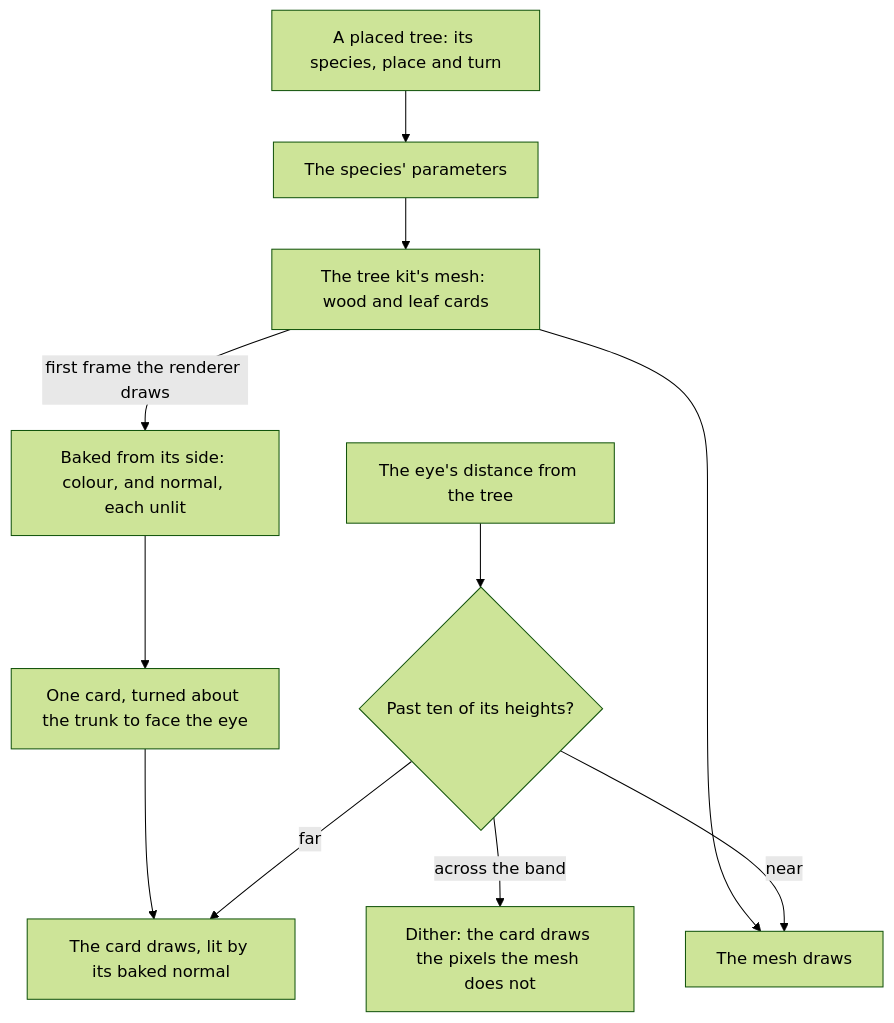
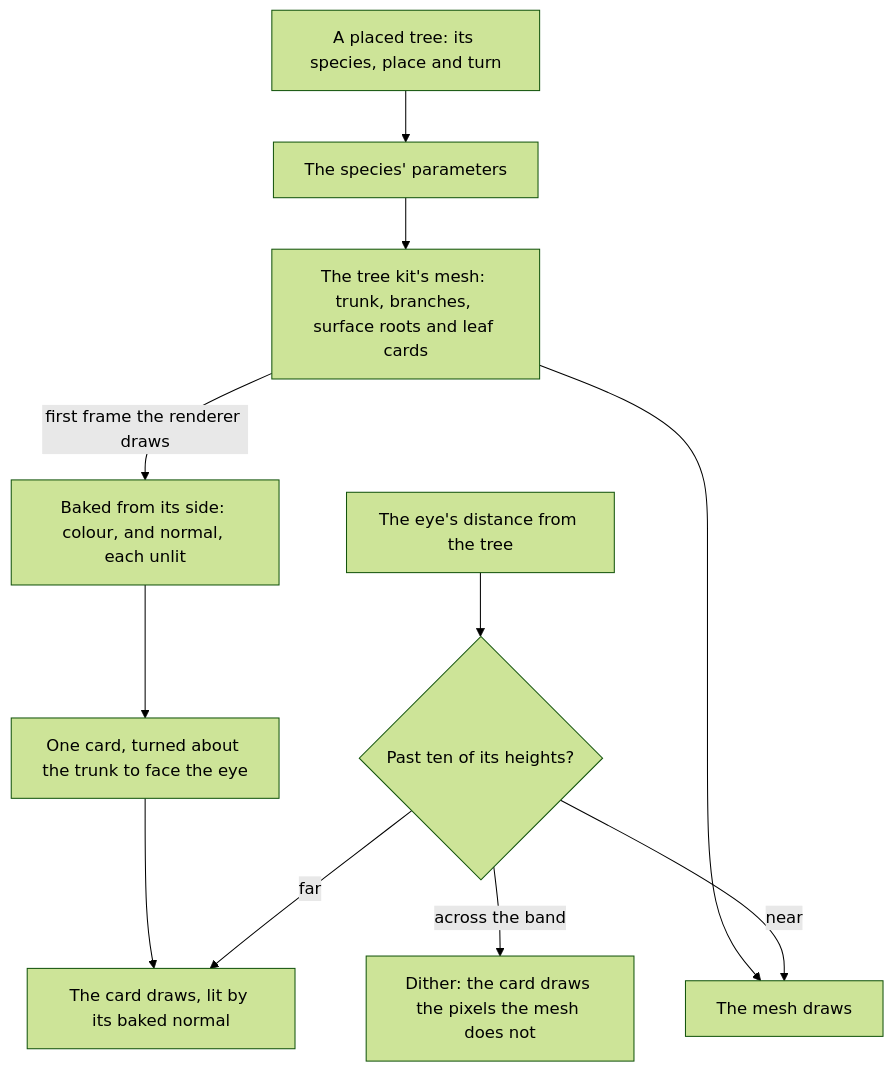
One commit to Esposter/Esposter changed the first of 2 diagrams in apps/web/content/docs/genshin/trees.md. Above: the diagram before and after it, drawn with Mermaid (forest theme). The commit also changed other lines of this file and 20 other files, not shown here.

````diff
--- a/apps/web/content/docs/genshin/trees.md
+++ b/apps/web/content/docs/genshin/trees.md
@@ -12,13 +12,13 @@
 ```mermaid
 flowchart TD
   LM["A placed tree: its species, place and turn"] --> SP["The species' parameters"]
-  SP --> MESH["The tree kit's mesh: wood and leaf cards"]
+  SP --> MESH["The tree kit's mesh: trunk, branches, surface roots and leaf cards"]
   MESH -->|first frame the renderer draws| BAKE["Baked from its side: colour, and normal, each unlit"]
   BAKE --> CARD["One card, turned about the trunk to face the eye"]
   EYE["The eye's distance from the tree"] --> FADE{"Past ten of its heights?"}
   FADE -->|near| M["The mesh draws"]
   FADE -->|across the band| D["Dither: the card draws the pixels the mesh does not"]
   FADE -->|far| I["The card draws, lit by its baked normal"]
   CARD --> I
   MESH --> M
 ```
````
